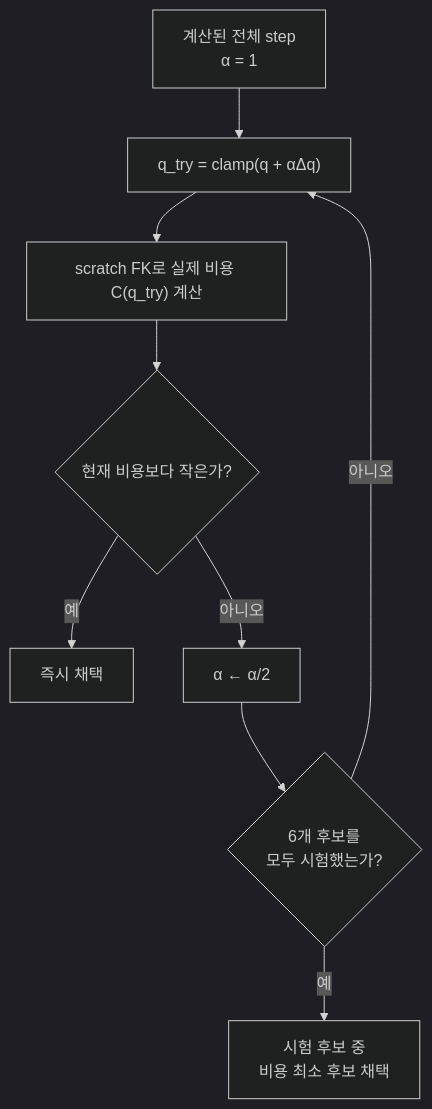
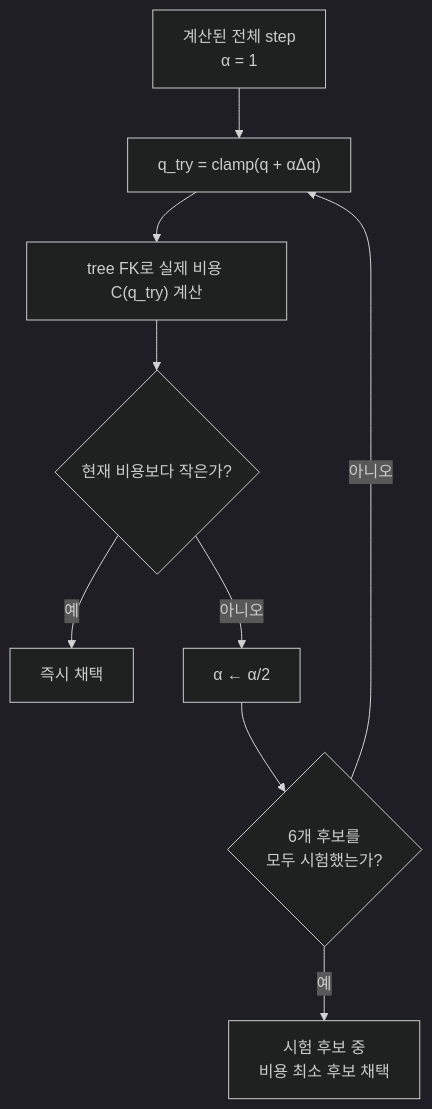
One commit to ggh-png/ffw-sh5-grasp changed the third of 3 diagrams in docs/guide/ros2/06-inverse-kinematics.md. Above: the diagram before and after it, drawn with Mermaid (dark theme). The commit also changed other lines of this file and 40 other files, not shown here.

````diff
--- a/docs/guide/ros2/06-inverse-kinematics.md
+++ b/docs/guide/ros2/06-inverse-kinematics.md
@@ -341,11 +345,11 @@
 ```mermaid
 flowchart TD
     FULL["계산된 전체 step<br>α = 1"] --> TRY["q_try = clamp(q + αΔq)"]
-    TRY --> FK["scratch FK로 실제 비용 C(q_try) 계산"]
+    TRY --> FK["tree FK로 실제 비용 C(q_try) 계산"]
     FK --> BETTER{"현재 비용보다 작은가?"}
     BETTER -->|예| ACCEPT["즉시 채택"]
     BETTER -->|아니오| HALF["α ← α/2"]
     HALF --> LIMIT{"6개 후보를<br>모두 시험했는가?"}
     LIMIT -->|아니오| TRY
     LIMIT -->|예| BEST["시험 후보 중<br>비용 최소 후보 채택"]
 ```
````
